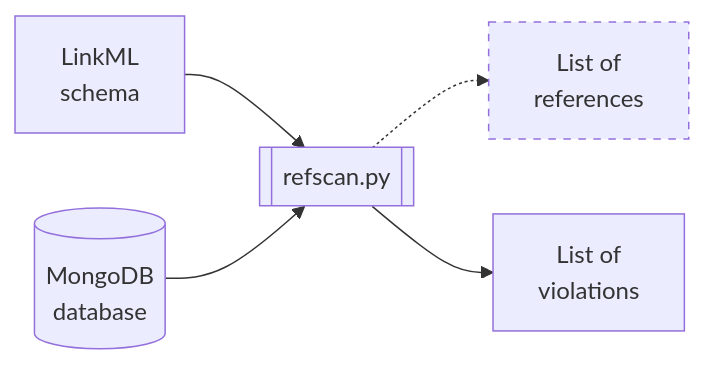
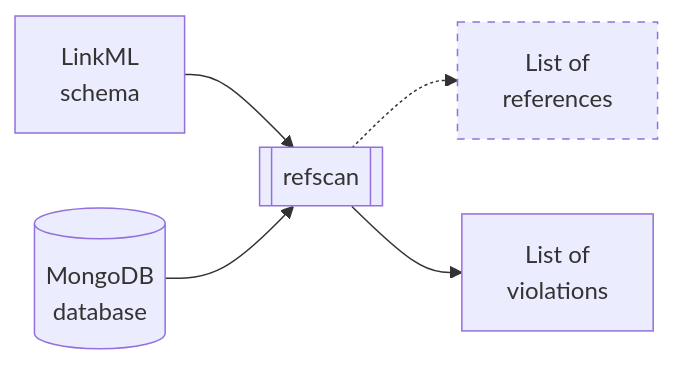
One commit to microbiomedata/refscan changed the diagram in README.md. Above: the diagram before and after it, drawn with Mermaid. The commit also changed other lines of this file, not shown here.

````diff
--- a/README.md
+++ b/README.md
@@ -6,17 +6,17 @@
 ```mermaid
 %% This is the source code of a Mermaid diagram, which GitHub will render as a diagram.
 %% Note: PyPI does not render Mermaid diagrams, and instead displays their source code.
 %%       Reference: https://github.com/pypi/warehouse/issues/13083
 graph LR
     schema[LinkML<br>schema]
     database[(MongoDB<br>database)]
-    script[["refscan.py"]]
+    script[["refscan"]]
     violations["List of<br>violations"]
     references["List of<br>references"]:::dashed_border
     schema --> script
     database --> script
     script -.-> references
     script --> violations
     
     classDef dashed_border stroke-dasharray: 5 5
 ```
````
